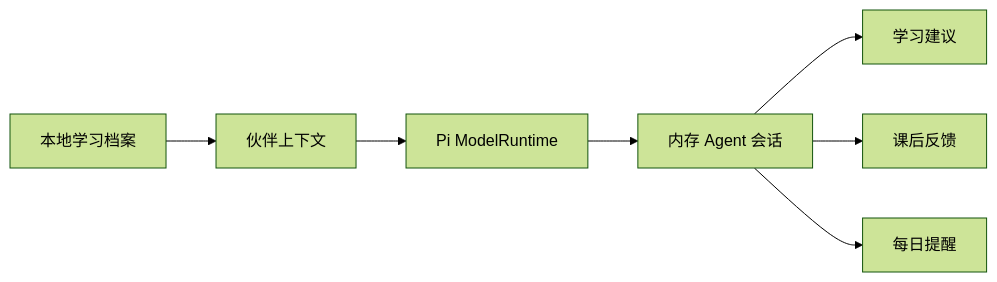
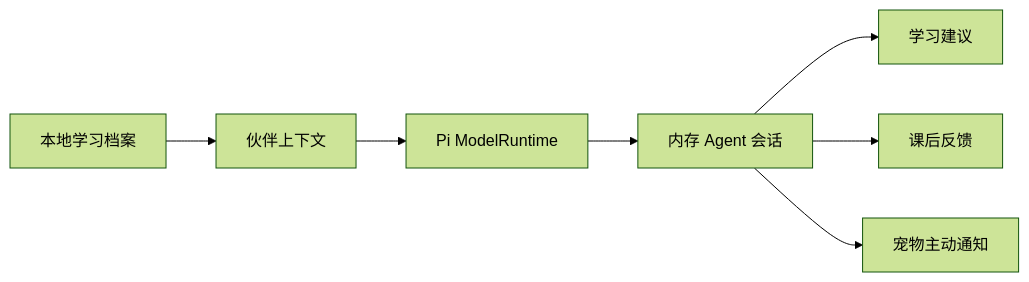
One commit to Pan-Binghong/PanWithU changed the diagram in docs/README_ZH_CN.md. Above: the diagram before and after it, drawn with Mermaid (forest theme). The commit also changed other lines of this file and 3 other files, not shown here.

````diff
--- a/docs/README_ZH_CN.md
+++ b/docs/README_ZH_CN.md
@@ -59,9 +60,9 @@
 ```mermaid
 flowchart LR
   A["本地学习档案"] --> B["伙伴上下文"]
   B --> C["Pi ModelRuntime"]
   C --> D["内存 Agent 会话"]
   D --> E["学习建议"]
   D --> F["课后反馈"]
-  D --> G["每日提醒"]
+  D --> G["宠物主动通知"]
 ```
````
